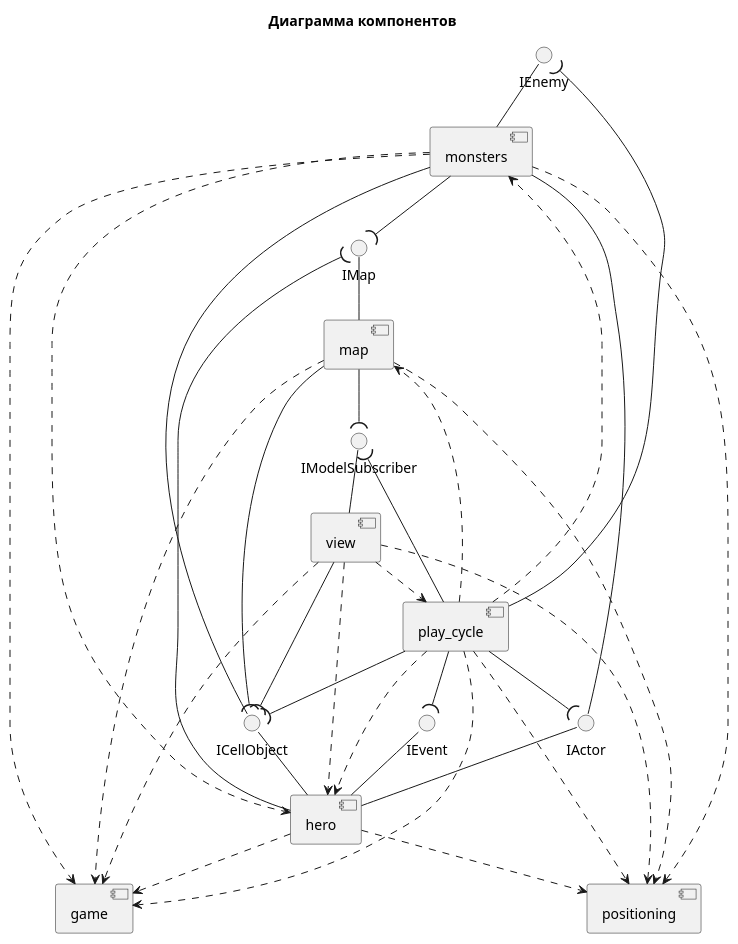
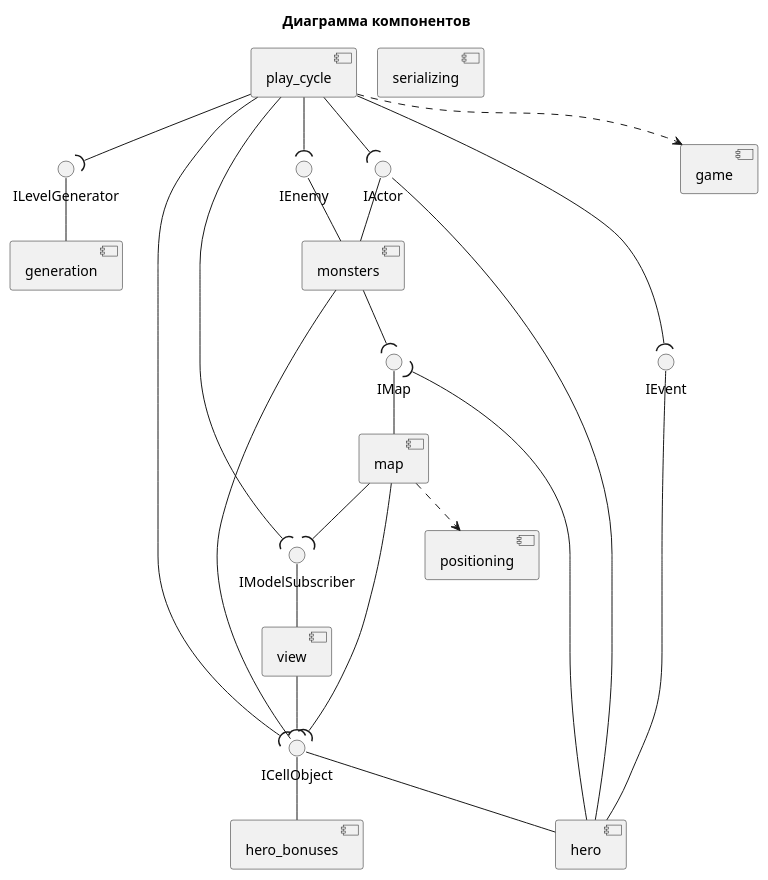
One commit to ISArchitec/Roguelike changed the diagram in docs/components.plantuml. Above: the diagram before and after it, drawn with PlantUML.

Commit message:
fix: update components

```diff
--- a/docs/components.plantuml
+++ b/docs/components.plantuml
@@ -1,64 +1,53 @@
 @startuml
 skinparam shadowing false
 skinparam nodesep 20
 skinparam ranksep 40
 
 title Диаграмма компонентов
 
 interface "ICellObject"      as ICell
 interface "IMap"             as IMap
 interface "IActor"           as IActor
 interface "IEvent"           as IEvent
 interface "IModelSubscriber" as IModelSub
 interface "IEnemy"           as IEnemy
+interface "ILevelGenerator"  as ILevelGen
 
 component "game"        as game
 component "positioning" as positioning
 component "hero"        as hero
+component "hero_bonuses" as HeroBonuses
 component "map"         as map
 component "monsters"    as monsters
+component "generation"  as generation
 component "play_cycle"  as play_cycle
 component "view"        as view
+component "serializing" as serializing
 
-hero       -up- ICell
-monsters   -up- ICell
-map        -up- IMap
-hero       -up- IActor
-monsters   -up- IActor
-hero       -up- IEvent
-view       -up- IModelSub
-monsters   -up- IEnemy
+hero        -up- ICell
+HeroBonuses -up- ICell
+monsters    -up- ICell
+map         -up- IMap
+hero        -up- IActor
+monsters    -up- IActor
+hero        -up- IEvent
+view        -up- IModelSub
+monsters    -up- IEnemy
+generation  -up- ILevelGen
 
-map        --( ICell
-map        --( IModelSub
-hero       --( IMap
-monsters   --( IMap
-play_cycle --( IActor
-play_cycle --( IModelSub
-play_cycle --( IEnemy
-play_cycle --( ICell
-play_cycle --( IEvent
-view       --( ICell
+map         --( ICell
+map         --( IModelSub
+hero        --( IMap
+monsters    --( IMap
+play_cycle  --( IActor
+play_cycle  --( IModelSub
+play_cycle  --( IEnemy
+play_cycle  --( ICell
+play_cycle  --( IEvent
+play_cycle  --( ILevelGen
+view        --( ICell
 
-hero       ..> positioning
-hero       ..> game
-
-monsters   ..> positioning
-monsters   ..> game
-monsters   ..> hero
-
-map        ..> positioning
-map        ..> game
-
-view       ..> game
-view       ..> play_cycle
-view       ..> hero
-view       ..> positioning
-
+map ..> positioning
 play_cycle ..> game
-play_cycle ..> hero
-play_cycle ..> map
-play_cycle ..> monsters
-play_cycle ..> positioning
 
 @enduml
```
